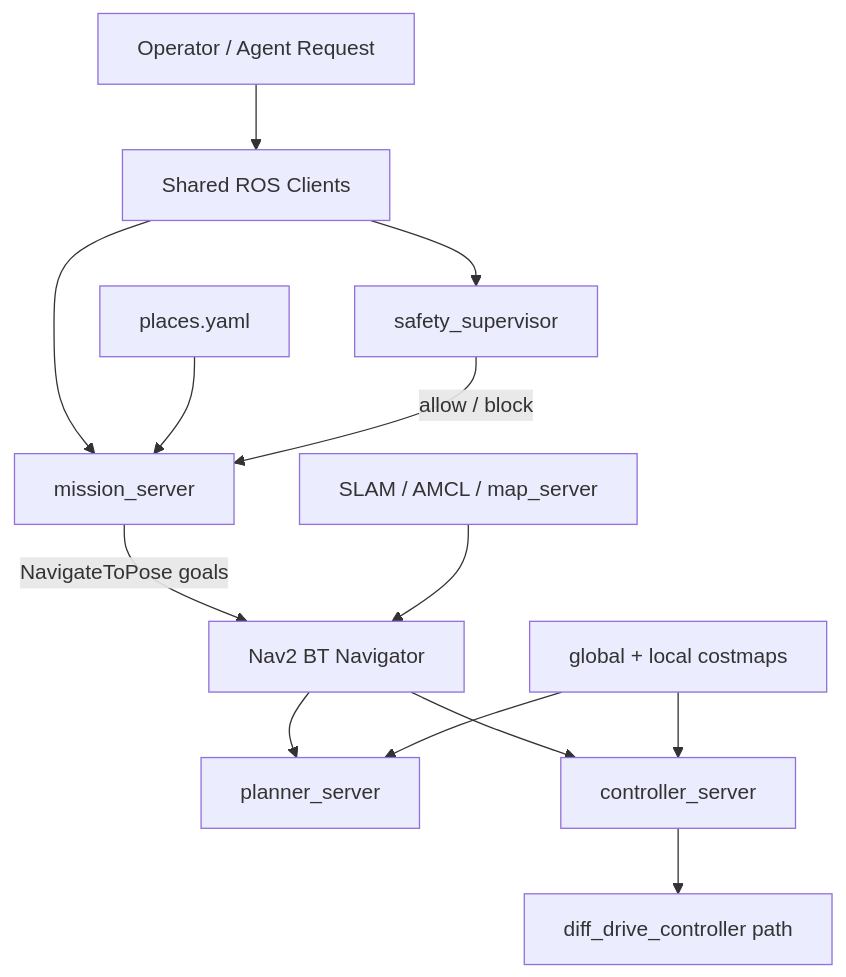
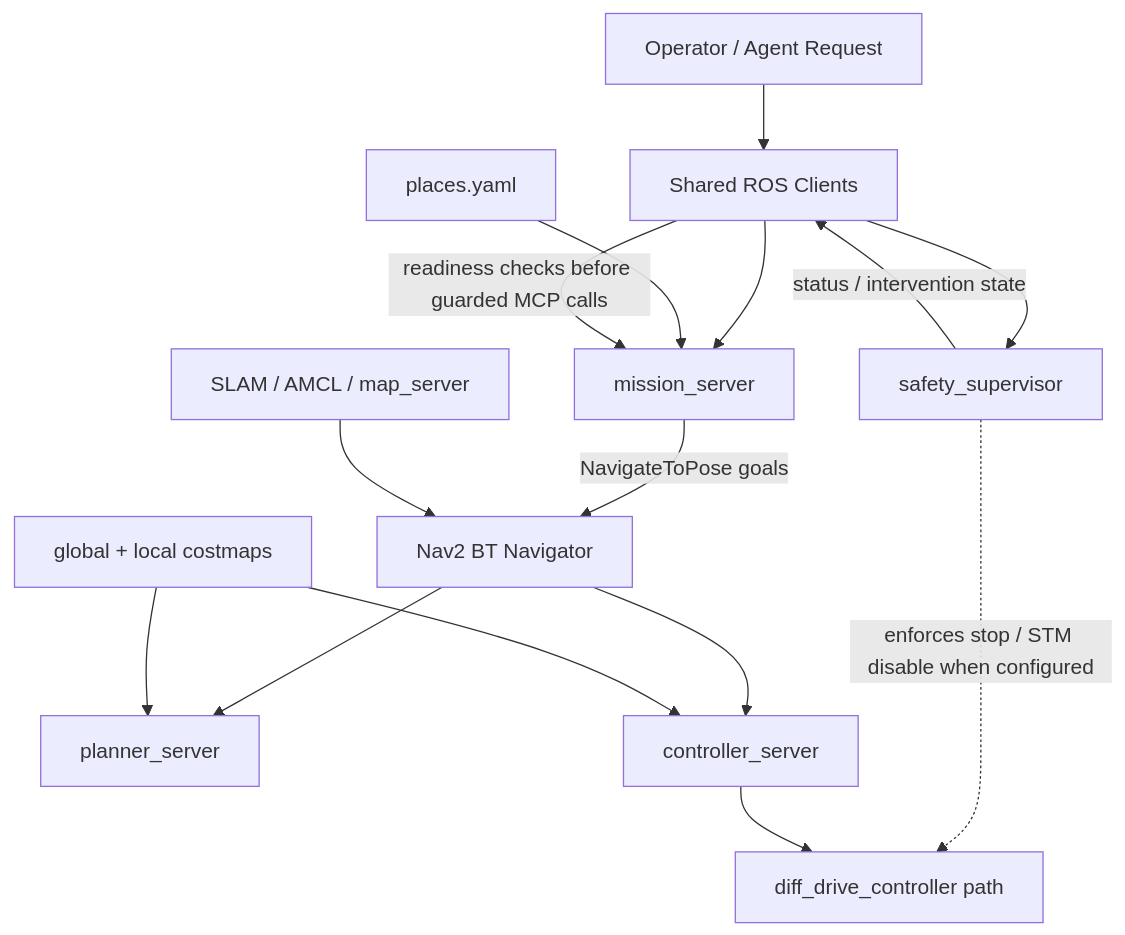
Before and after one commit to KartikMehta-1/AMR-development: the diagram in docs/architecture/30_navigation_mission_safety.md, drawn with Mermaid. The commit also changed other lines of this file and 31 other files, not shown here.

````diff
--- a/docs/architecture/30_navigation_mission_safety.md
+++ b/docs/architecture/30_navigation_mission_safety.md
@@ -18,27 +19,29 @@
 ```mermaid
 flowchart TB
   OP[Operator / Agent Request]
   CLIENTS[Shared ROS Clients]
   MISSION[mission_server]
   SAFETY[safety_supervisor]
   PLACES[places.yaml]
   NAV2[Nav2 BT Navigator]
   PLANNER[planner_server]
   CONTROLLER[controller_server]
   COSTMAPS[global + local costmaps]
   LOCALIZE[SLAM / AMCL / map_server]
   BASE[diff_drive_controller path]
 
   OP --> CLIENTS
   CLIENTS --> MISSION
   CLIENTS --> SAFETY
   PLACES --> MISSION
-  SAFETY -->|allow / block| MISSION
+  SAFETY -->|status / intervention state| CLIENTS
+  CLIENTS -->|readiness checks before guarded MCP calls| MISSION
+  SAFETY -.enforces stop / STM disable when configured.-> BASE
   MISSION -->|NavigateToPose goals| NAV2
   LOCALIZE --> NAV2
   NAV2 --> PLANNER
   NAV2 --> CONTROLLER
   COSTMAPS --> PLANNER
   COSTMAPS --> CONTROLLER
   CONTROLLER --> BASE
 ```
````
